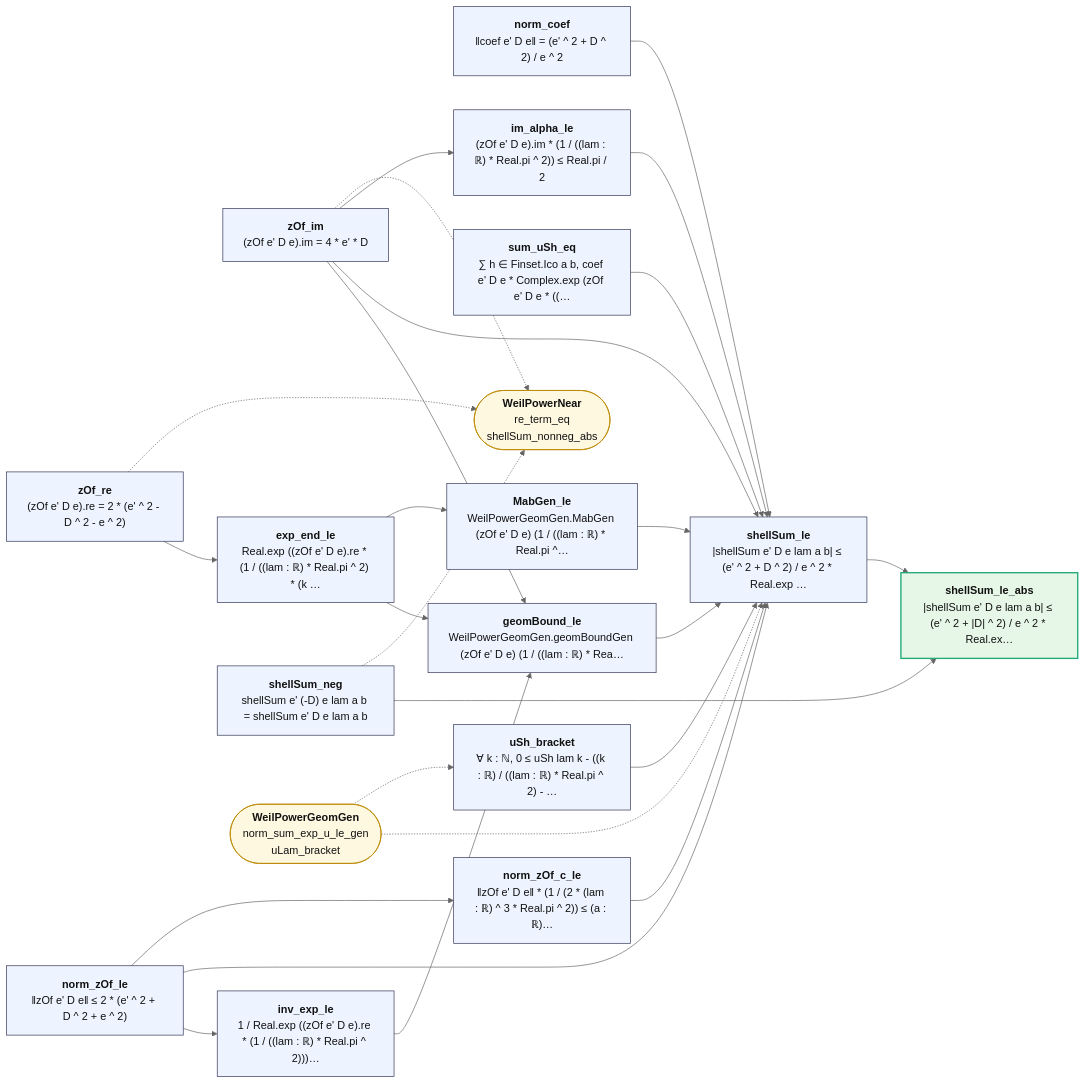
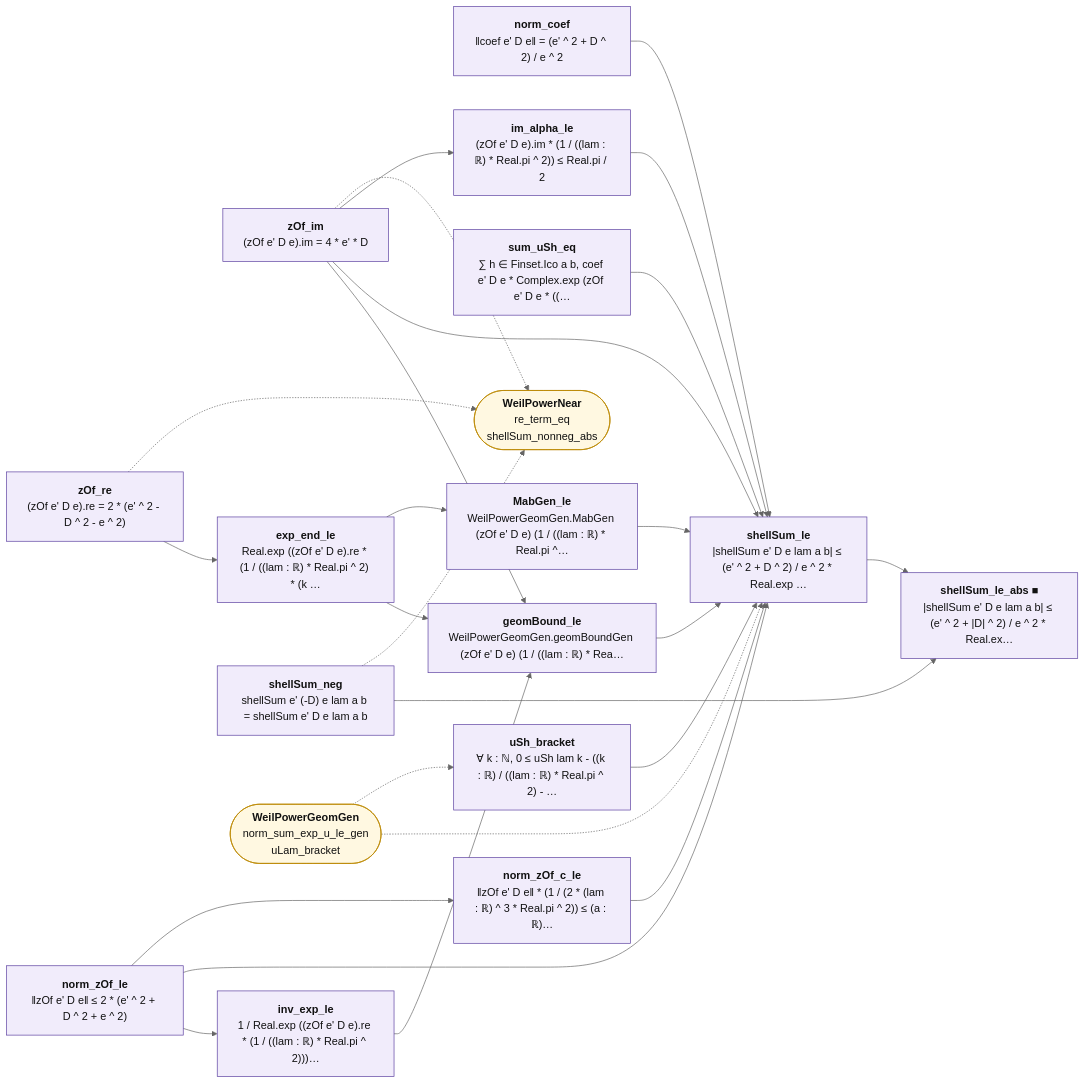
The diagram in map/lean_stage3/WeilPowerShell.md (juliansambranojr/Primebeat_081426), drawn with Mermaid (neutral theme) before and after one commit. The commit also changed other lines of this file and 398 other files, not shown here.

````diff
--- a/map/lean_stage3/WeilPowerShell.md
+++ b/map/lean_stage3/WeilPowerShell.md
@@ -12,49 +12,52 @@
 ```mermaid
 flowchart LR
-  n0["<b>zOf_re</b><br/>(zOf e' D e).re = 2 * (e' ^ 2 - D ^ 2 - e ^ 2)"]:::thm
-  n1["<b>zOf_im</b><br/>(zOf e' D e).im = 4 * e' * D"]:::thm
-  n2["<b>norm_zOf_le</b><br/>‖zOf e' D e‖ ≤ 2 * (e' ^ 2 + D ^ 2 + e ^ 2)"]:::thm
-  n3["<b>norm_coef</b><br/>‖coef e' D e‖ = (e' ^ 2 + D ^ 2) / e ^ 2"]:::thm
-  n4["<b>uSh_bracket</b><br/>∀ k : ℕ, 0 ≤ uSh lam k - ((k : ℝ) / ((lam : ℝ) * Real.pi ^ 2) - …"]:::thm
-  n5["<b>sum_uSh_eq</b><br/>∑ h ∈ Finset.Ico a b, coef e' D e * Complex.exp (zOf e' D e * ((…"]:::thm
-  n6["<b>im_alpha_le</b><br/>(zOf e' D e).im * (1 / ((lam : ℝ) * Real.pi ^ 2)) ≤ Real.pi / 2"]:::thm
-  n7["<b>norm_zOf_c_le</b><br/>‖zOf e' D e‖ * (1 / (2 * (lam : ℝ) ^ 3 * Real.pi ^ 2)) ≤ (a : ℝ)…"]:::thm
-  n8["<b>exp_end_le</b><br/>Real.exp ((zOf e' D e).re * (1 / ((lam : ℝ) * Real.pi ^ 2) * (k …"]:::thm
-  n9["<b>MabGen_le</b><br/>WeilPowerGeomGen.MabGen (zOf e' D e) (1 / ((lam : ℝ) * Real.pi ^…"]:::thm
-  n10["<b>inv_exp_le</b><br/>1 / Real.exp ((zOf e' D e).re * (1 / ((lam : ℝ) * Real.pi ^ 2)))…"]:::thm
-  n11["<b>geomBound_le</b><br/>WeilPowerGeomGen.geomBoundGen (zOf e' D e) (1 / ((lam : ℝ) * Rea…"]:::thm
-  n12["<b>shellSum_le</b><br/>|shellSum e' D e lam a b| ≤ (e' ^ 2 + D ^ 2) / e ^ 2 * Real.exp …"]:::thm
-  n13["<b>shellSum_neg</b><br/>shellSum e' (-D) e lam a b = shellSum e' D e lam a b"]:::thm
-  n14["<b>shellSum_le_abs</b><br/>|shellSum e' D e lam a b| ≤ (e' ^ 2 + |D| ^ 2) / e ^ 2 * Real.ex…"]:::end_
+  n0["<b>zOf_re</b><br/>(zOf e' D e).re = 2 * (e' ^ 2 - D ^ 2 - e ^ 2)"]:::shp
+  n1["<b>zOf_im</b><br/>(zOf e' D e).im = 4 * e' * D"]:::shp
+  n2["<b>norm_zOf_le</b><br/>‖zOf e' D e‖ ≤ 2 * (e' ^ 2 + D ^ 2 + e ^ 2)"]:::shp
+  n3["<b>norm_coef</b><br/>‖coef e' D e‖ = (e' ^ 2 + D ^ 2) / e ^ 2"]:::shp
+  n4["<b>uSh_bracket</b><br/>∀ k : ℕ, 0 ≤ uSh lam k - ((k : ℝ) / ((lam : ℝ) * Real.pi ^ 2) - …"]:::shp
+  n5["<b>sum_uSh_eq</b><br/>∑ h ∈ Finset.Ico a b, coef e' D e * Complex.exp (zOf e' D e * ((…"]:::shp
+  n6["<b>im_alpha_le</b><br/>(zOf e' D e).im * (1 / ((lam : ℝ) * Real.pi ^ 2)) ≤ Real.pi / 2"]:::shp
+  n7["<b>norm_zOf_c_le</b><br/>‖zOf e' D e‖ * (1 / (2 * (lam : ℝ) ^ 3 * Real.pi ^ 2)) ≤ (a : ℝ)…"]:::shp
+  n8["<b>exp_end_le</b><br/>Real.exp ((zOf e' D e).re * (1 / ((lam : ℝ) * Real.pi ^ 2) * (k …"]:::shp
+  n9["<b>MabGen_le</b><br/>WeilPowerGeomGen.MabGen (zOf e' D e) (1 / ((lam : ℝ) * Real.pi ^…"]:::shp
+  n10["<b>inv_exp_le</b><br/>1 / Real.exp ((zOf e' D e).re * (1 / ((lam : ℝ) * Real.pi ^ 2)))…"]:::shp
+  n11["<b>geomBound_le</b><br/>WeilPowerGeomGen.geomBoundGen (zOf e' D e) (1 / ((lam : ℝ) * Rea…"]:::shp
+  n12["<b>shellSum_le</b><br/>|shellSum e' D e lam a b| ≤ (e' ^ 2 + D ^ 2) / e ^ 2 * Real.exp …"]:::shp
+  n13["<b>shellSum_neg</b><br/>shellSum e' (-D) e lam a b = shellSum e' D e lam a b"]:::shp
+  n14["<b>shellSum_le_abs ■</b><br/>|shellSum e' D e lam a b| ≤ (e' ^ 2 + |D| ^ 2) / e ^ 2 * Real.ex…"]:::shp
   x0(["<b>WeilPowerNear</b><br/>re_term_eq<br/>shellSum_nonneg_abs"]):::ext
   x1(["<b>WeilPowerGeomGen</b><br/>norm_sum_exp_u_le_gen<br/>uLam_bracket"]):::ext
   n0 --> n8
   n1 --> n11
   n1 --> n12
   n1 --> n6
   n10 --> n11
   n11 --> n12
   n12 --> n14
   n13 --> n14
   n2 --> n10
   n2 --> n12
   n2 --> n7
   n3 --> n12
   n4 --> n12
   n5 --> n12
   n6 --> n12
   n7 --> n12
   n8 --> n11
   n8 --> n9
   n9 --> n12
   n0 -.-> x0
   n1 -.-> x0
   n13 -.-> x0
   x1 -.-> n12
   x1 -.-> n4
+  classDef cnt fill:#dff5ec,stroke:#17694a,color:#111
+  classDef shp fill:#f1ecfb,stroke:#5b3fa0,color:#111
+  classDef rh fill:#ffe5e5,stroke:#c22,color:#111,stroke-width:2px
   classDef thm fill:#eef4ff,stroke:#335,color:#111
   classDef end_ fill:#e7f7e7,stroke:#2a7,color:#111,stroke-width:2px
   classDef lone fill:#fff,stroke:#999,color:#111,stroke-dasharray:4 3
   classDef bad fill:#ffe5e5,stroke:#c22,color:#111,stroke-width:2px
   classDef ext fill:#fff8e1,stroke:#b80,color:#111
 ```
````
